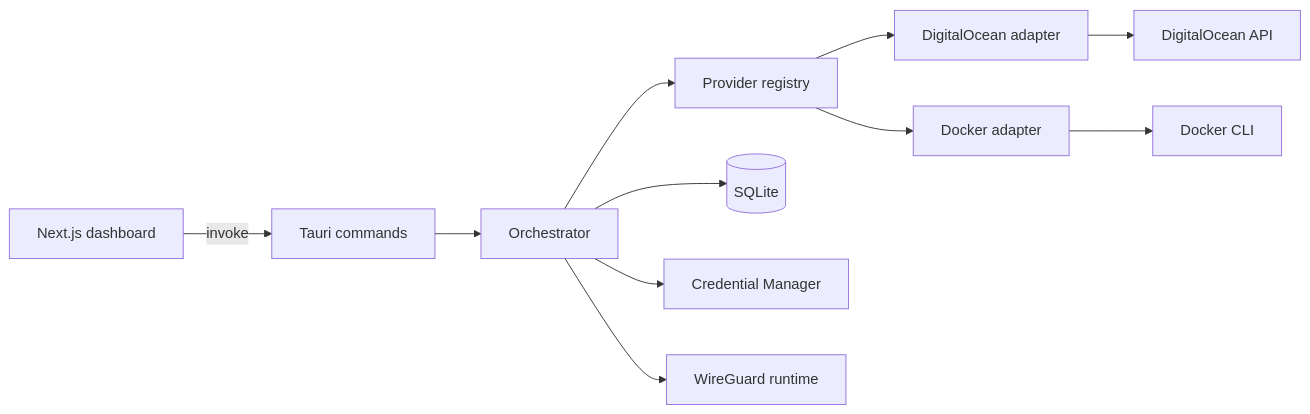
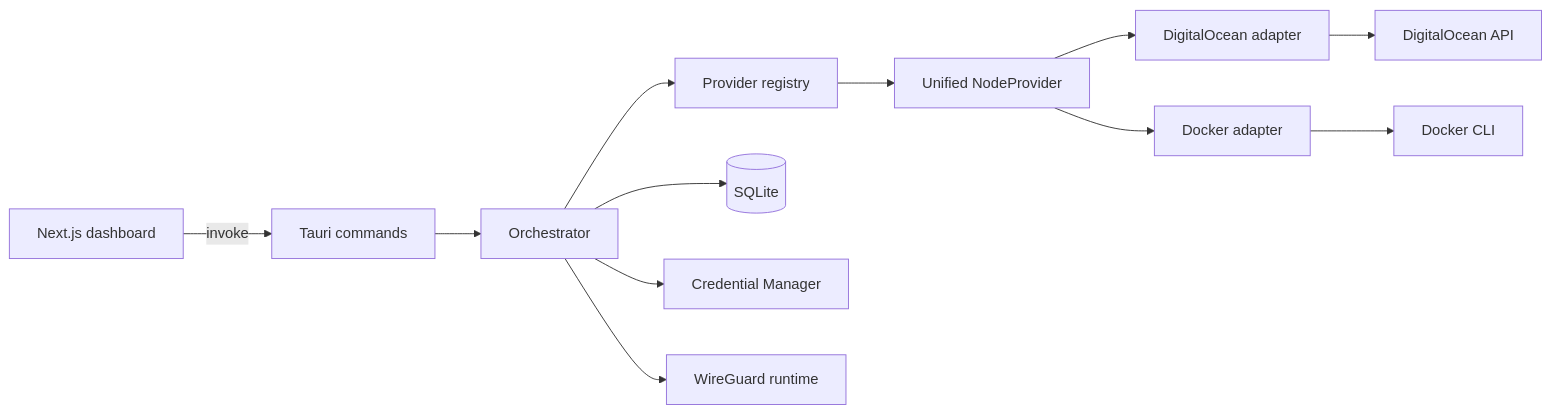
Before and after one commit to GoatPxl/blink-vpn: the diagram in docs/ARCHITECTURE.md, drawn with Mermaid. The commit also changed other lines of this file and 1 other file, not shown here.

Commit message:
DOC: unified nodeProvider

````diff
--- a/docs/ARCHITECTURE.md
+++ b/docs/ARCHITECTURE.md
@@ -22,13 +22,14 @@
 ```mermaid
 flowchart LR
   UI[Next.js dashboard] -->|invoke| CMD[Tauri commands]
   CMD --> ORCH[Orchestrator]
   ORCH --> REG[Provider registry]
-  REG --> DO[DigitalOcean adapter]
-  REG --> DKR[Docker adapter]
+  REG --> NP[Unified NodeProvider]
+  NP --> DO[DigitalOcean adapter]
+  NP --> DKR[Docker adapter]
   ORCH --> DB[(SQLite)]
   ORCH --> SEC[Credential Manager]
   ORCH --> WG[WireGuard runtime]
   DO --> DOAPI[DigitalOcean API]
   DKR --> DKRCLI[Docker CLI]
 ```
````
